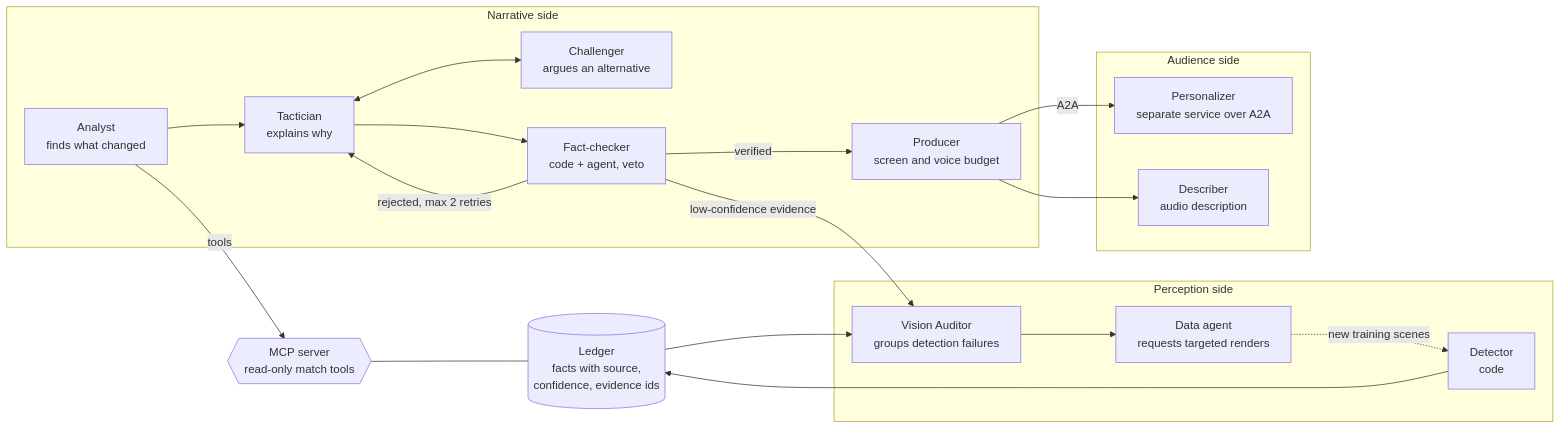
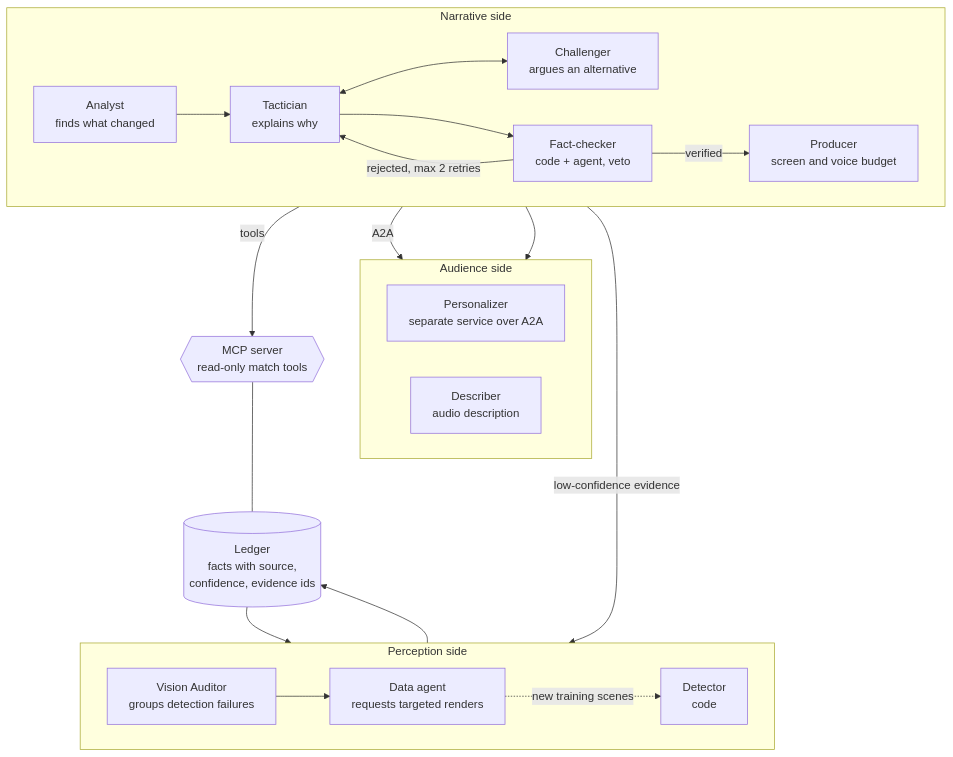
The second of 4 diagrams in docs/ARCHITECTURE.md (KLKH7/the-ninety-labs), drawn with Mermaid before and after one commit. The commit also changed other lines of this file, not shown here.

Commit message:
Architecture diagrams: set direction inside each group so both diagrams stay compact

````diff
--- a/docs/ARCHITECTURE.md
+++ b/docs/ARCHITECTURE.md
@@ -87,39 +94,42 @@
 ```mermaid
-flowchart LR
+flowchart TB
     LEDGER[("Ledger<br/>facts with source,<br/>confidence, evidence ids")]
     MCP{{"MCP server<br/>read-only match tools"}}
 
     subgraph PERCEPTION["Perception side"]
+        direction LR
         DETECTOR["Detector<br/>code"]
         AUDITOR["Vision Auditor<br/>groups detection failures"]
         DATAAGENT["Data agent<br/>requests targeted renders"]
     end
 
     subgraph NARRATIVE["Narrative side"]
+        direction LR
         ANALYST["Analyst<br/>finds what changed"]
         TACTICIAN["Tactician<br/>explains why"]
         CHALLENGER["Challenger<br/>argues an alternative"]
         CHECKER["Fact-checker<br/>code + agent, veto"]
         PRODUCER["Producer<br/>screen and voice budget"]
     end
 
     subgraph AUDIENCE["Audience side"]
+        direction LR
         PERSONALIZER["Personalizer<br/>separate service over A2A"]
         DESCRIBER["Describer<br/>audio description"]
     end
 
     DETECTOR --> LEDGER
     LEDGER --> AUDITOR --> DATAAGENT
     DATAAGENT -. new training scenes .-> DETECTOR
 
     MCP --- LEDGER
     ANALYST -- tools --> MCP
     ANALYST --> TACTICIAN
     TACTICIAN <--> CHALLENGER
     TACTICIAN --> CHECKER
     CHECKER -- rejected, max 2 retries --> TACTICIAN
     CHECKER -- low-confidence evidence --> AUDITOR
     CHECKER -- verified --> PRODUCER
     PRODUCER -- A2A --> PERSONALIZER
     PRODUCER --> DESCRIBER
 ```
````
